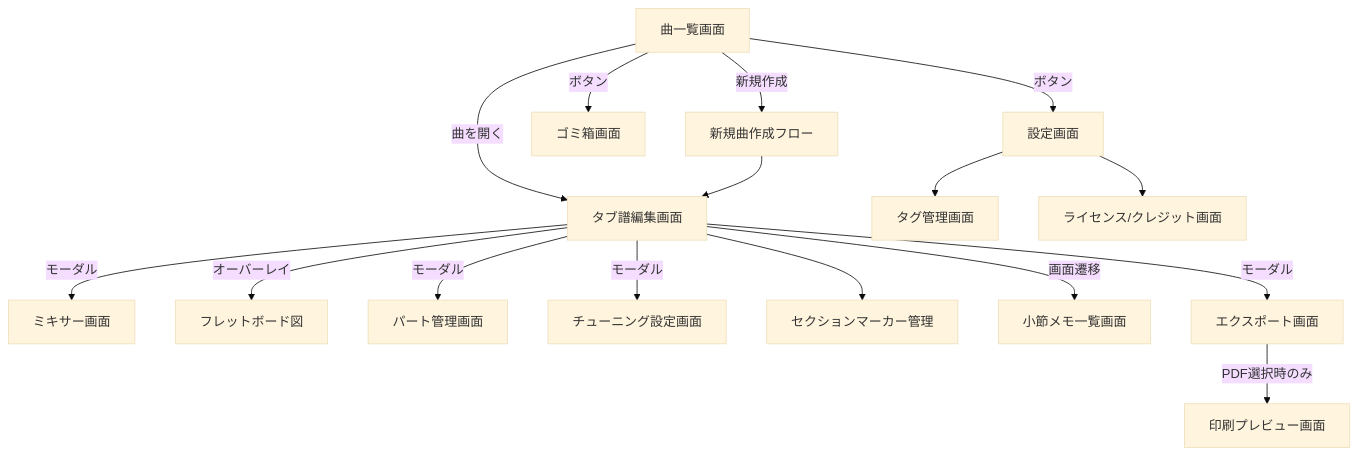
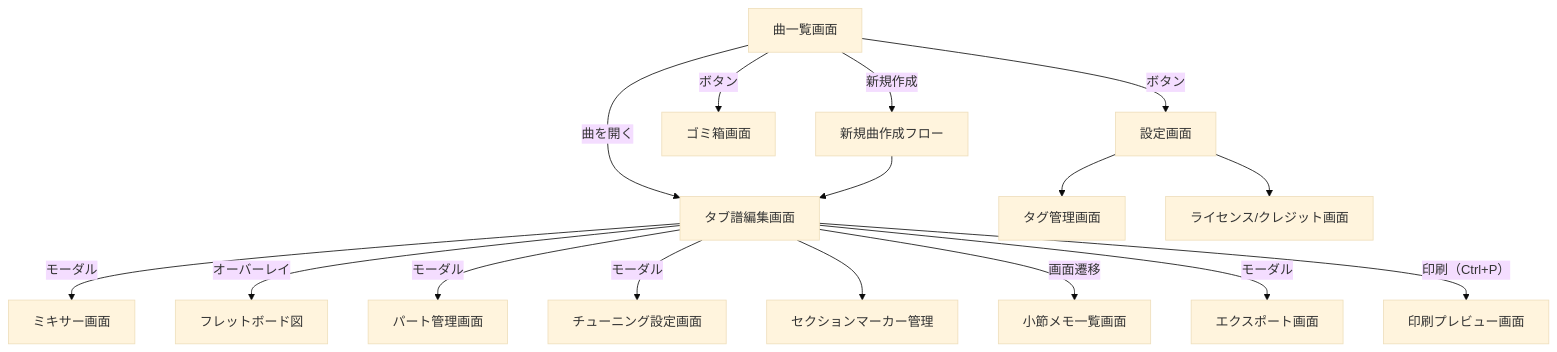
One commit to ippoooooshi/RiFF-LiNE changed the diagram in docs/tab_app_requirements.md. Above: the diagram before and after it, drawn with Mermaid (base theme). The commit also changed other lines of this file and 618 other files, not shown here.

````diff
--- a/docs/tab_app_requirements.md
+++ b/docs/tab_app_requirements.md
@@ -192,18 +197,18 @@
 ```mermaid
 flowchart TD
     A[曲一覧画面] -->|新規作成| B[新規曲作成フロー]
     A -->|曲を開く| C[タブ譜編集画面]
     A -->|ボタン| D[ゴミ箱画面]
     A -->|ボタン| E[設定画面]
     B --> C
     C -->|モーダル| F[ミキサー画面]
     C -->|オーバーレイ| G[フレットボード図]
     C -->|モーダル| H[パート管理画面]
     C -->|モーダル| I[チューニング設定画面]
     C --> J[セクションマーカー管理]
     C -->|画面遷移| K[小節メモ一覧画面]
     C -->|モーダル| L[エクスポート画面]
-    L -->|PDF選択時のみ| M[印刷プレビュー画面]
+    C -->|印刷（Ctrl+P）| M[印刷プレビュー画面]
     E --> N[タグ管理画面]
     E --> O[ライセンス/クレジット画面]
 ```
````
